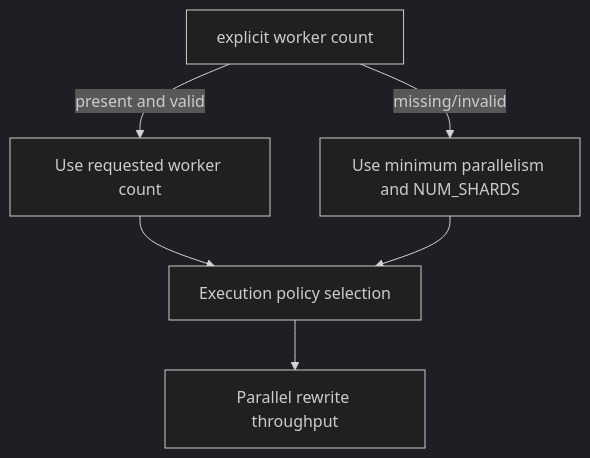
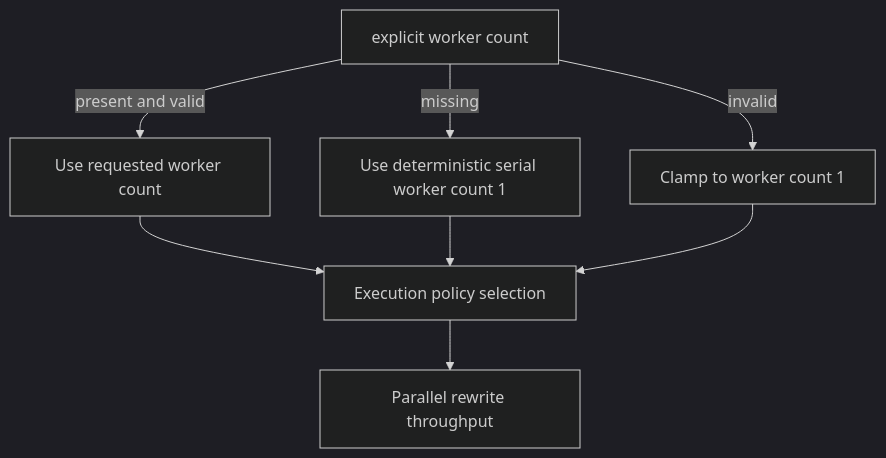
One commit to flyingrobots/echo changed diagram 19 of 34 in docs/technical-teardown.md. Above: the diagram before and after it, drawn with Mermaid (dark theme). The commit also changed other lines of this file and 13 other files, not shown here.

````diff
--- a/docs/technical-teardown.md
+++ b/docs/technical-teardown.md
@@ -705,9 +705,11 @@
 ```mermaid
 flowchart TD
   CFG[explicit worker count]
   CFG -->|present and valid| W[Use requested worker count]
-  CFG -->|missing/invalid| W2[Use minimum parallelism and NUM_SHARDS]
+  CFG -->|missing| W2[Use deterministic serial worker count 1]
+  CFG -->|invalid| W3[Clamp to worker count 1]
   W --> R[Execution policy selection]
   W2 --> R
+  W3 --> R
   R --> P[Parallel rewrite throughput]
 ```
````
